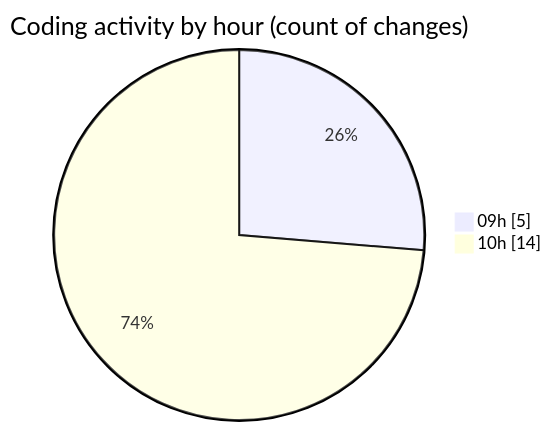
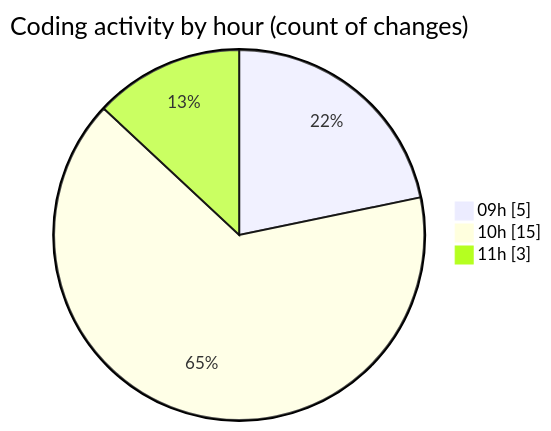
Before and after one commit to CELIANVF/code-tracking: the second of 2 diagrams in 2025-06-13/ecodeli-1/README.md, drawn with Mermaid. The commit also changed other lines of this file and 1 other file, not shown here.

````diff
--- a/2025-06-13/ecodeli-1/README.md
+++ b/2025-06-13/ecodeli-1/README.md
@@ -39,6 +41,7 @@
 ```mermaid
 pie showData
 title Coding activity by hour (count of changes)
 "09h" : 5
-"10h" : 14
+"10h" : 15
+"11h" : 3
 ```
````
